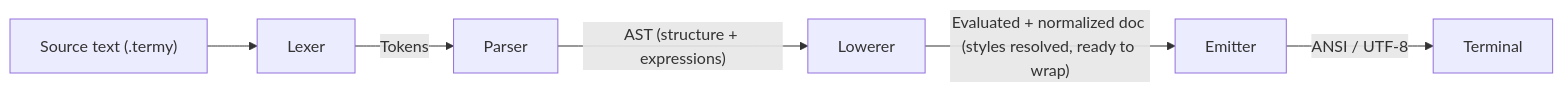
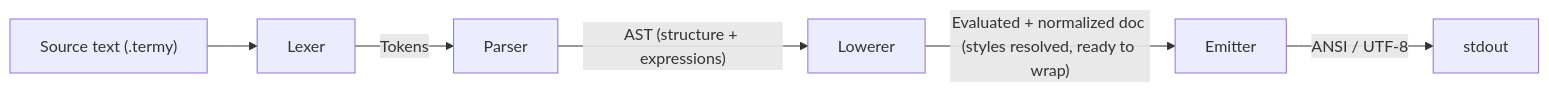
One commit to RoghanBehm/terminyl changed the diagram in README.md. Above: the diagram before and after it, drawn with Mermaid. The commit also changed other lines of this file and 12 other files, not shown here.

````diff
--- a/README.md
+++ b/README.md
@@ -19,9 +19,9 @@
 ```mermaid
 graph LR
     A["Source text (.termy)"] --> B["Lexer"]
     B -->|"Tokens"| C["Parser"]
     C -->|"AST (structure + expressions)"| D["Lowerer"]
     D -->|"Evaluated + normalized doc (styles resolved, ready to wrap)"| E["Emitter"]
-    E -->|"ANSI / UTF-8"| F["Terminal"]
+    E -->|"ANSI / UTF-8"| F["stdout"]
 
 ```
````
